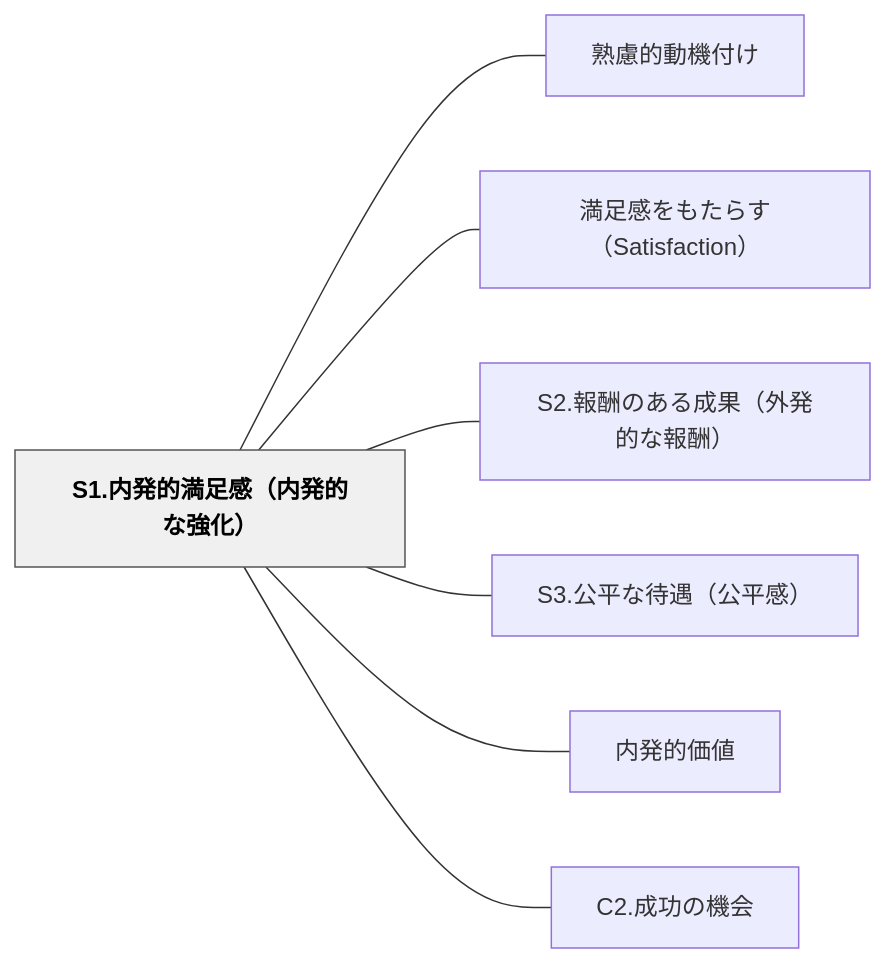
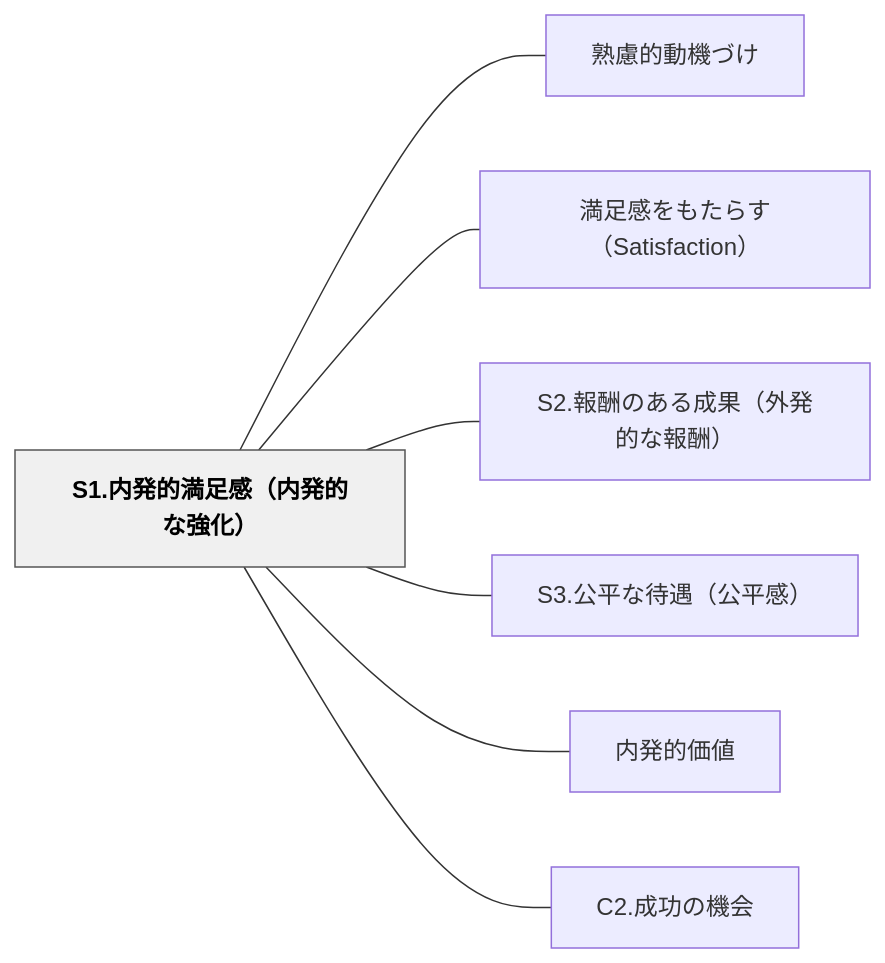
Before and after one commit to unknownthings-ed-patterns/unknownthings-ed-patterns: the diagram in content/パタン/S1.内発的満足感（内発的な強化）.md, drawn with Mermaid. The commit also changed other lines of this file and 234 other files, not shown here.

````diff
--- a/content/パタン/S1.内発的満足感（内発的な強化）.md
+++ b/content/パタン/S1.内発的満足感（内発的な強化）.md
@@ -37,20 +37,20 @@
 ```mermaid
 flowchart LR
     n53312ee58685e799bae79a84e6ba80e8b6b3e6849fefbc88e58685e799bae79a84e381aae5bcb7e58c96efbc89["S1.内発的満足感（内発的な強化）"]
-    ne7869fe685aee79a84e58b95e6a99fe4bb98e38191["熟慮的動機付け"]
+    ne7869fe685aee79a84e58b95e6a99fe381a5e38191["熟慮的動機づけ"]
     ne6ba80e8b6b3e6849fe38292e38282e3819fe38289e38199efbc88536174697366616374696f6eefbc89["満足感をもたらす（Satisfaction）"]
     n53322ee5a0b1e985ace381aee38182e3828be68890e69e9cefbc88e5a496e799bae79a84e381aae5a0b1e985acefbc89["S2.報酬のある成果（外発的な報酬）"]
     n53332ee585ace5b9b3e381aae5be85e98187efbc88e585ace5b9b3e6849fefbc89["S3.公平な待遇（公平感）"]
     ne58685e799bae79a84e4bea1e580a4["内発的価値"]
     n43322ee68890e58a9fe381aee6a99fe4bc9a["C2.成功の機会"]
 
-    n53312ee58685e799bae79a84e6ba80e8b6b3e6849fefbc88e58685e799bae79a84e381aae5bcb7e58c96efbc89 --- ne7869fe685aee79a84e58b95e6a99fe4bb98e38191
+    n53312ee58685e799bae79a84e6ba80e8b6b3e6849fefbc88e58685e799bae79a84e381aae5bcb7e58c96efbc89 --- ne7869fe685aee79a84e58b95e6a99fe381a5e38191
     n53312ee58685e799bae79a84e6ba80e8b6b3e6849fefbc88e58685e799bae79a84e381aae5bcb7e58c96efbc89 --- ne6ba80e8b6b3e6849fe38292e38282e3819fe38289e38199efbc88536174697366616374696f6eefbc89
     n53312ee58685e799bae79a84e6ba80e8b6b3e6849fefbc88e58685e799bae79a84e381aae5bcb7e58c96efbc89 --- n53322ee5a0b1e985ace381aee38182e3828be68890e69e9cefbc88e5a496e799bae79a84e381aae5a0b1e985acefbc89
     n53312ee58685e799bae79a84e6ba80e8b6b3e6849fefbc88e58685e799bae79a84e381aae5bcb7e58c96efbc89 --- n53332ee585ace5b9b3e381aae5be85e98187efbc88e585ace5b9b3e6849fefbc89
     n53312ee58685e799bae79a84e6ba80e8b6b3e6849fefbc88e58685e799bae79a84e381aae5bcb7e58c96efbc89 --- ne58685e799bae79a84e4bea1e580a4
     n53312ee58685e799bae79a84e6ba80e8b6b3e6849fefbc88e58685e799bae79a84e381aae5bcb7e58c96efbc89 --- n43322ee68890e58a9fe381aee6a99fe4bc9a
 
     classDef hub fill:#f0f0f0,stroke:#555,color:#000,font-weight:bold
     class n53312ee58685e799bae79a84e6ba80e8b6b3e6849fefbc88e58685e799bae79a84e381aae5bcb7e58c96efbc89 hub
 ```
````
